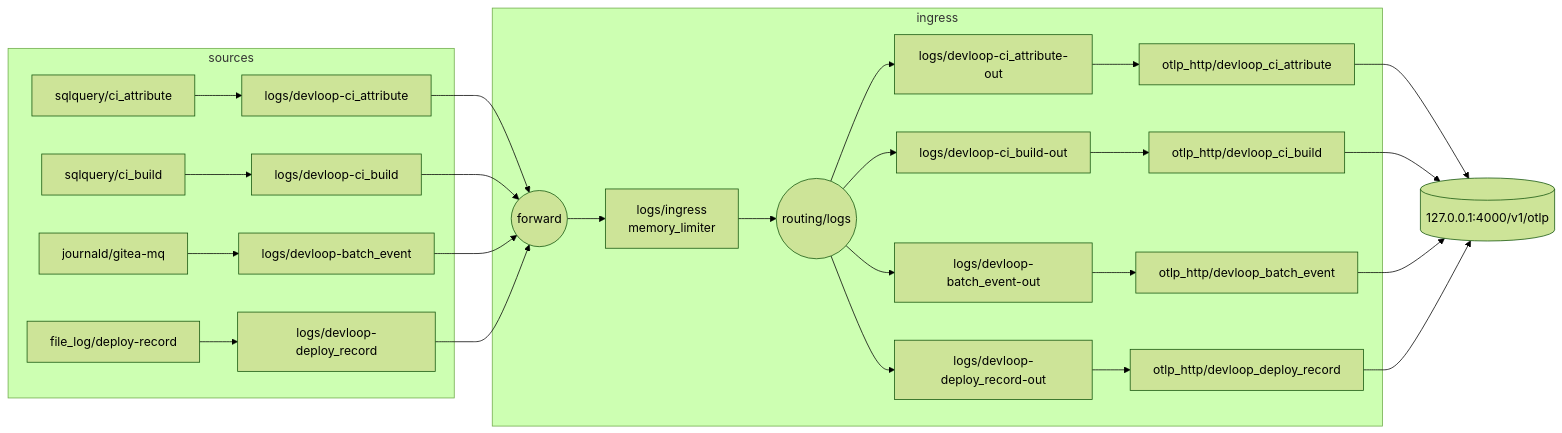
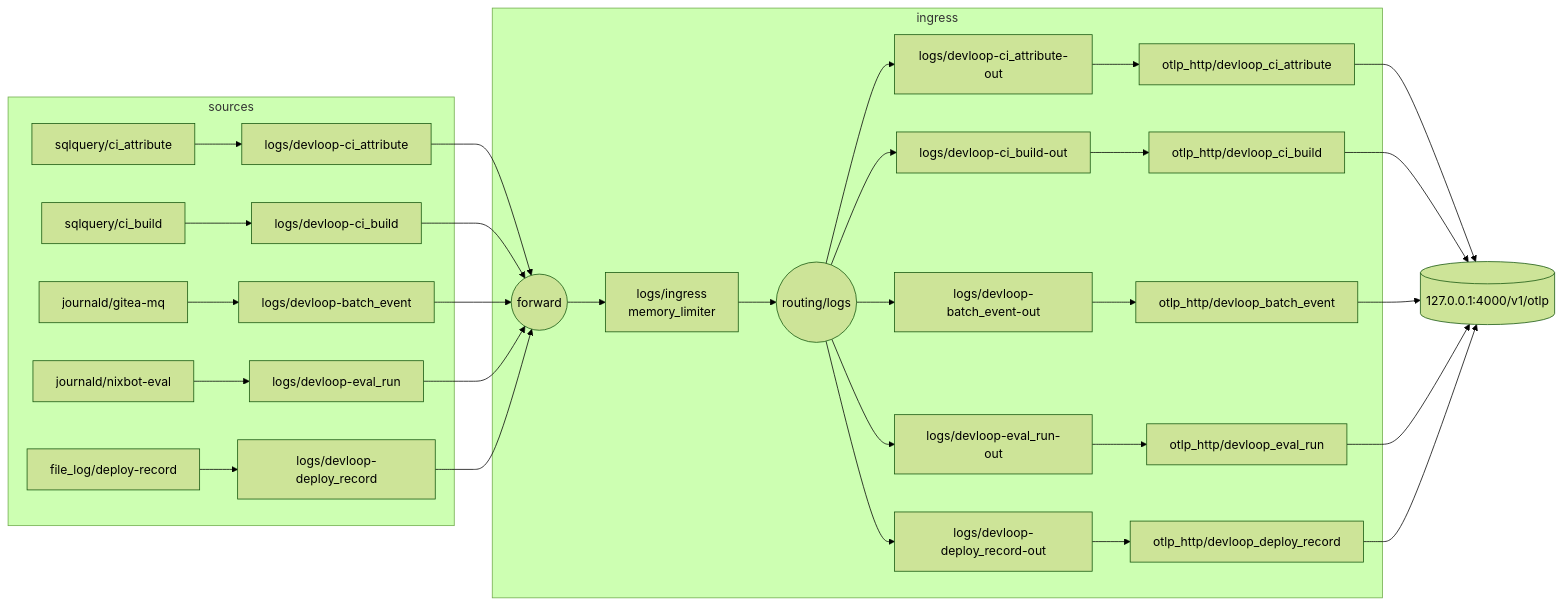
One commit to cameronraysmith/vanixiets changed the second of 2 diagrams in modules/clan/services/otel-collector/README.md. Above: the diagram before and after it, drawn with Mermaid (forest theme). The commit also changed other lines of this file and 22 other files, not shown here.

````diff
--- a/modules/clan/services/otel-collector/README.md
+++ b/modules/clan/services/otel-collector/README.md
@@ -106,24 +107,28 @@
 ```mermaid
 flowchart LR
   subgraph sources
     sa[sqlquery/ci_attribute] --> pa[logs/devloop-ci_attribute]
     sb[sqlquery/ci_build] --> pb[logs/devloop-ci_build]
     jg[journald/gitea-mq] --> pg[logs/devloop-batch_event]
+    jn[journald/nixbot-eval] --> pn[logs/devloop-eval_run]
     fd[file_log/deploy-record] --> pd[logs/devloop-deploy_record]
   end
   pa --> fwd((forward))
   pb --> fwd
   pg --> fwd
+  pn --> fwd
   pd --> fwd
   subgraph ingress
     fwd --> li[logs/ingress<br/>memory_limiter] --> rl((routing/logs))
     rl --> oa[logs/devloop-ci_attribute-out] --> ea[otlp_http/devloop_ci_attribute]
     rl --> ob[logs/devloop-ci_build-out] --> eb[otlp_http/devloop_ci_build]
     rl --> og[logs/devloop-batch_event-out] --> eg[otlp_http/devloop_batch_event]
+    rl --> on[logs/devloop-eval_run-out] --> en[otlp_http/devloop_eval_run]
     rl --> od[logs/devloop-deploy_record-out] --> ed[otlp_http/devloop_deploy_record]
   end
   ea --> store[(127.0.0.1:4000/v1/otlp)]
   eb --> store
   eg --> store
+  en --> store
   ed --> store
 ```
````
